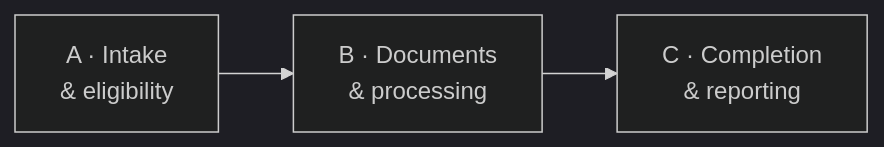
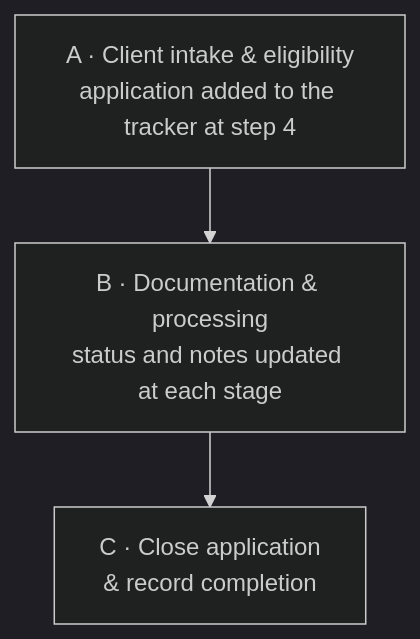
Before and after one commit to CamilaNacli/mortgage-financing-operations: the diagram in README.md, drawn with Mermaid (dark theme). The commit also changed other lines of this file and 1 other file, not shown here.

````diff
--- a/README.md
+++ b/README.md
@@ -42,4 +25,4 @@
 ```mermaid
-flowchart LR
-    A["A · Intake<br/>& eligibility"] --> B["B · Documents<br/>& processing"] --> C["C · Completion<br/>& reporting"]
+flowchart TB
+    A["A · Client intake & eligibility<br/>application added to the tracker at step 4"] --> B["B · Documentation & processing<br/>status and notes updated at each stage"] --> C["C · Close application<br/>& record completion"]
 ```
````
